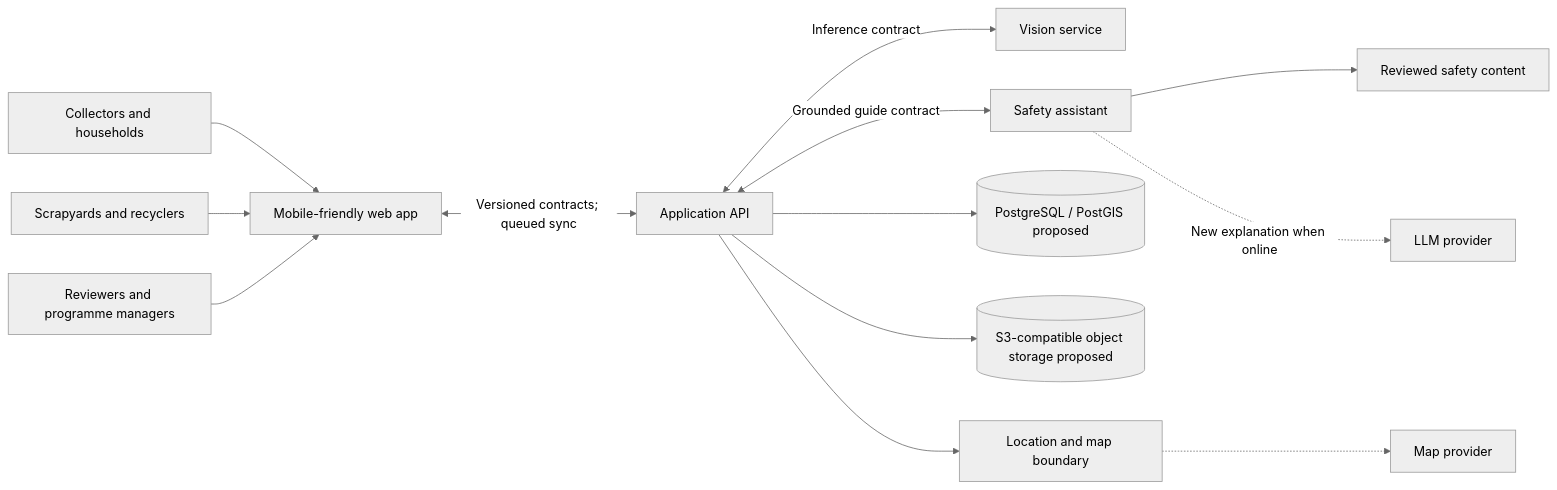
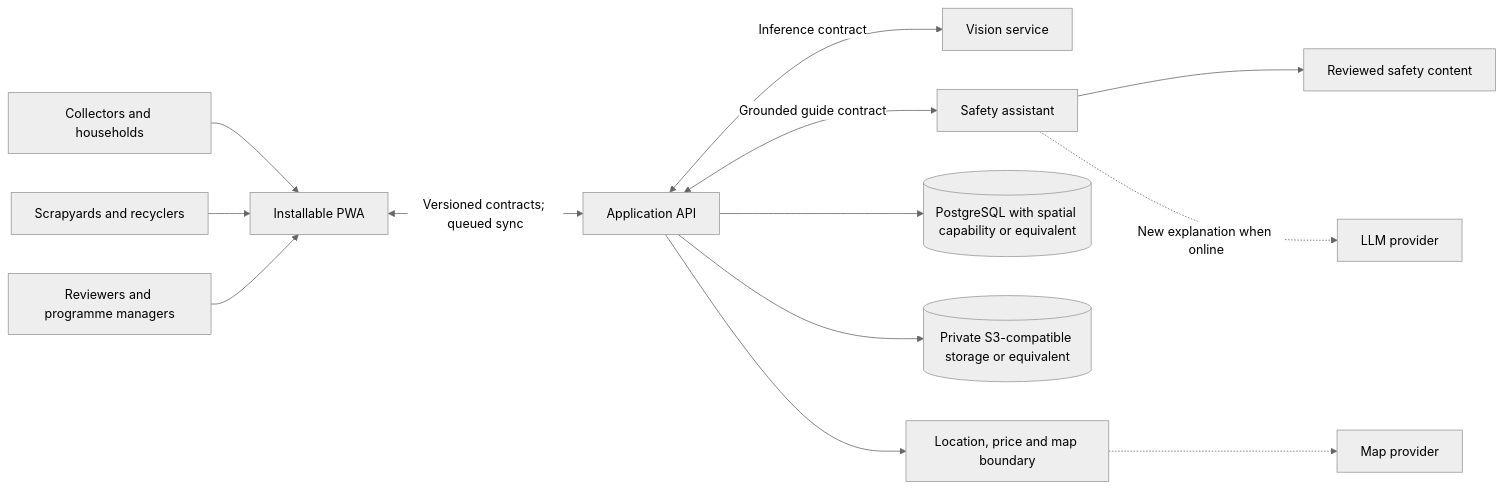
The diagram in docs/architecture/system-overview.md (Abdul-Gafur/scraptrace_giz-ewaste), drawn with Mermaid (neutral theme) before and after one commit. The commit also changed other lines of this file and 37 other files, not shown here.

````diff
--- a/docs/architecture/system-overview.md
+++ b/docs/architecture/system-overview.md
@@ -23,15 +23,15 @@
 ```mermaid
 flowchart LR
-    U[Collectors and households] --> W[Mobile-friendly web app]
+    U[Collectors and households] --> W[Installable PWA]
     R[Scrapyards and recyclers] --> W
     P[Reviewers and programme managers] --> W
     W <-->|Versioned contracts; queued sync| A[Application API]
     A <-->|Inference contract| V[Vision service]
     A <-->|Grounded guide contract| S[Safety assistant]
     S --> C[Reviewed safety content]
     S -.->|New explanation when online| L[LLM provider]
-    A --> D[(PostgreSQL / PostGIS proposed)]
-    A --> O[(S3-compatible object storage proposed)]
-    A --> M[Location and map boundary]
+    A --> D[(PostgreSQL with spatial capability or equivalent)]
+    A --> O[(Private S3-compatible storage or equivalent)]
+    A --> M[Location, price and map boundary]
     M -.-> MP[Map provider]
 ```
````
